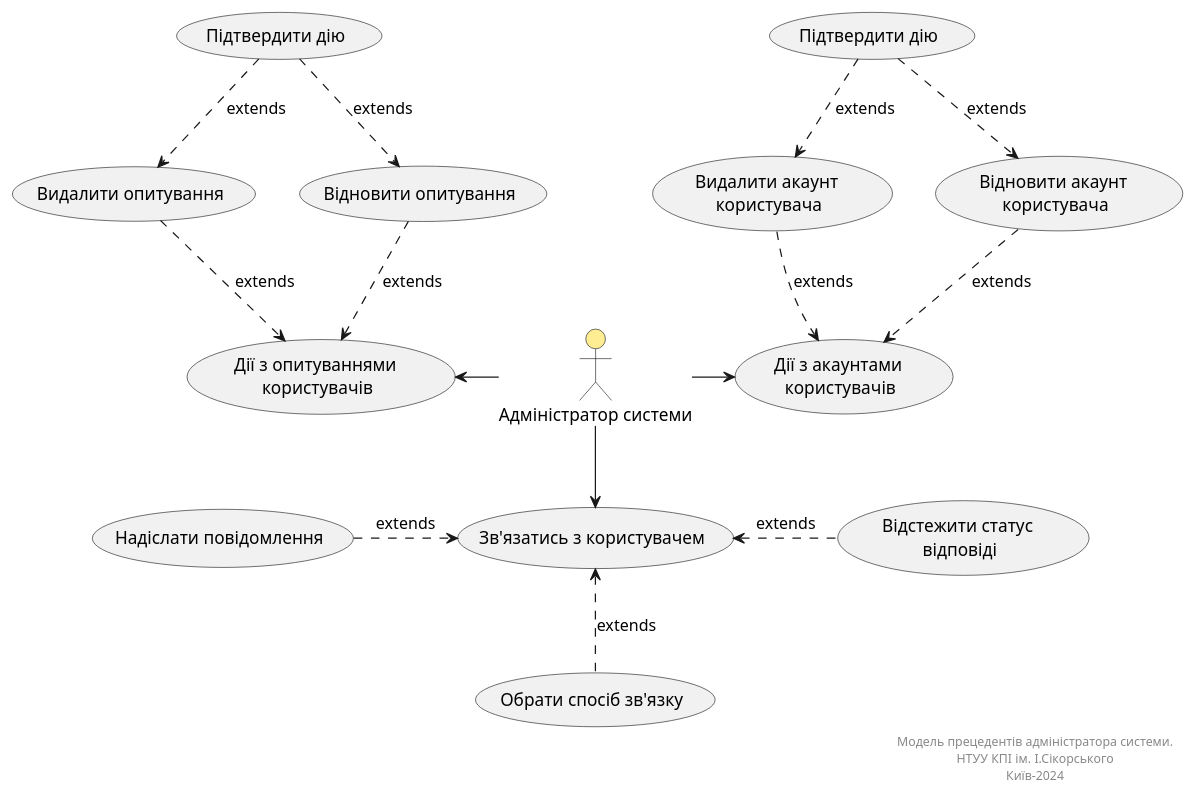
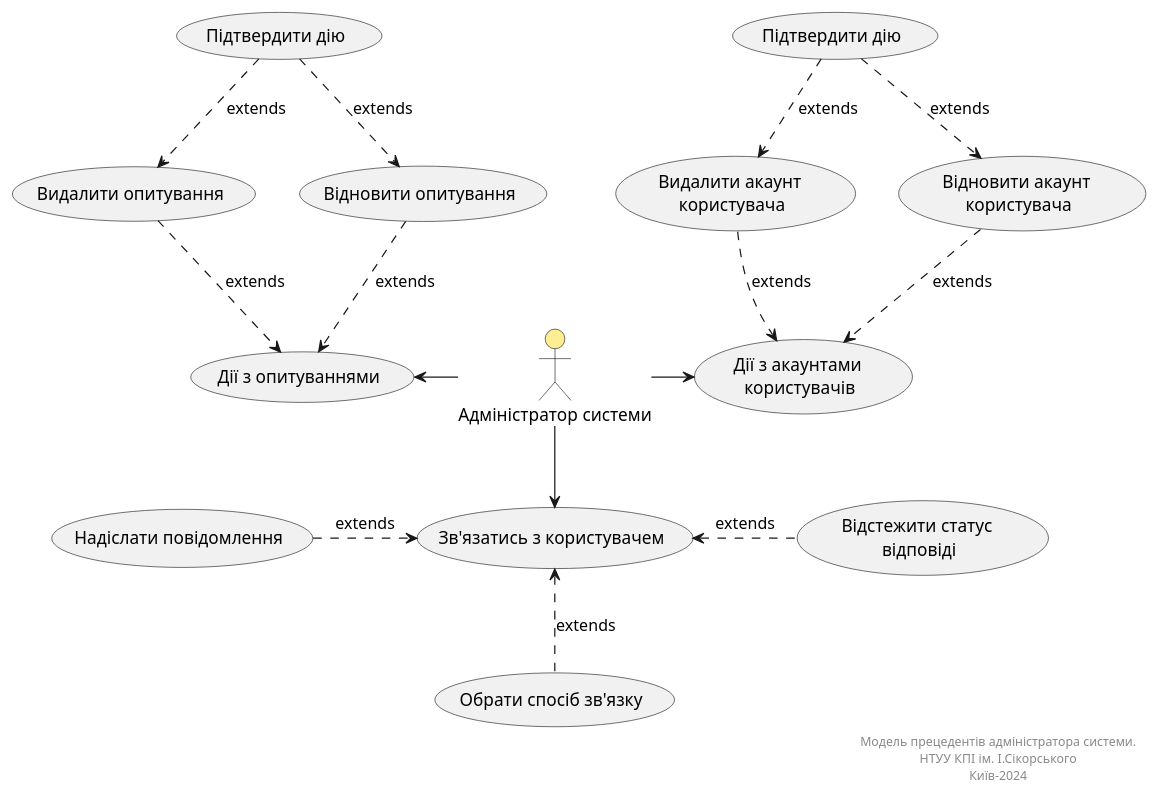
One commit to generalmaks/db_labs changed the second of 3 diagrams in docs/use_cases.md. Above: the diagram before and after it, drawn with PlantUML.

Commit message:
Added a fix in use case diagram for system administrator

````diff
--- a/docs/use_cases.md
+++ b/docs/use_cases.md
@@ -54,49 +54,49 @@
 ```plantuml
 @startuml
 actor "Адміністратор системи" as Admin #ffed94
 
     usecase "Зв'язатись з користувачем" as UC_1.1
     usecase "Дії з акаунтами \nкористувачів" as UC_1.2
-    usecase "Дії з опитуваннями \nкористувачів" as UC_1.3
+    usecase "Дії з опитуваннями" as UC_1.3
     
     usecase "Обрати спосіб зв'язку" as UC_1.1.1
     usecase "Відстежити статус \nвідповіді" as UC_1.1.2
     usecase "Надіслати повідомлення" as UC_1.1.3
     
     usecase "Видалити акаунт \nкористувача" as UC_1.2.1
     usecase "Відновити акаунт \nкористувача" as UC_1.2.2
     
     usecase "Видалити опитування" as UC_1.3.1
     usecase "Відновити опитування" as UC_1.3.2
     
     usecase "Підтвердити дію" as UC_1.2.12
     usecase "Підтвердити дію" as UC_1.3.12
     
     Admin -down-> UC_1.1
     Admin -right-> UC_1.2
     Admin -left-> UC_1.3
     
     UC_1.1.1 .up.> UC_1.1 :extends
     UC_1.1.2 .left.> UC_1.1 :extends
     UC_1.1.3 .right.> UC_1.1 :extends
     
     UC_1.2.1 ..> UC_1.2 :extends
     UC_1.2.2 ..> UC_1.2 :extends
     
     UC_1.3.1 ..> UC_1.3 :extends
     UC_1.3.2 ..> UC_1.3 :extends
     
     UC_1.2.12 ..> UC_1.2.1 :extends
     UC_1.2.12 ..> UC_1.2.2 :extends
     
     UC_1.3.12 ..> UC_1.3.1 :extends
     UC_1.3.12 ..> UC_1.3.2 :extends
         
     right footer
         Модель прецедентів адміністратора системи.
         НТУУ КПІ ім. І.Сікорського
         Київ-2024
     end footer
 
 @enduml
 ```
````
